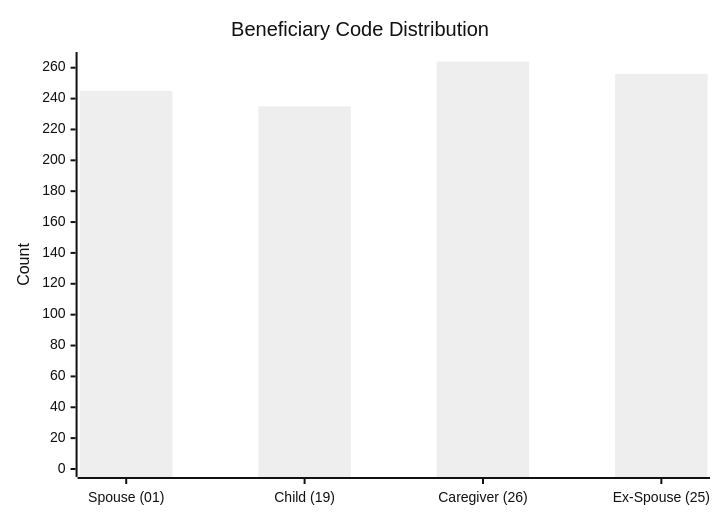
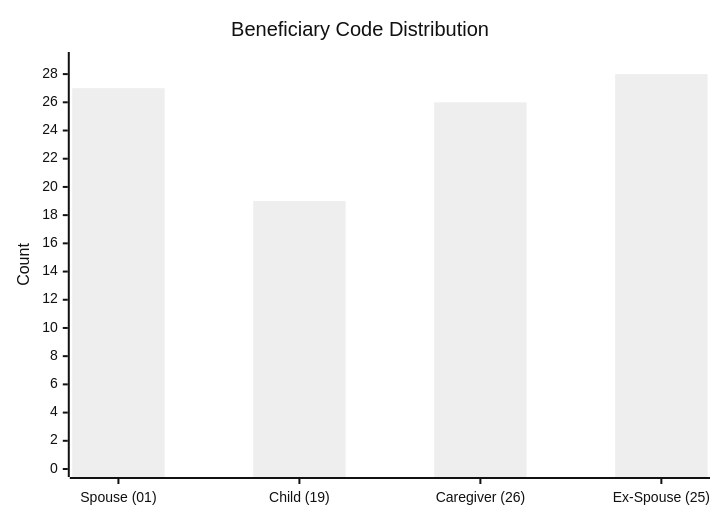
The seventh of 10 diagrams in test-tools/DataGen/src/Statistics_Visualizer.md (dhagan-va/intern-2025), drawn with Mermaid (neutral theme) before and after one commit. The commit also changed other lines of this file and 2 other files, not shown here.

````diff
--- a/test-tools/DataGen/src/Statistics_Visualizer.md
+++ b/test-tools/DataGen/src/Statistics_Visualizer.md
@@ -77,7 +77,7 @@
 ```mermaid
 xychart-beta
     title "Beneficiary Code Distribution"
     x-axis ["Spouse (01)", "Child (19)", "Caregiver (26)", "Ex-Spouse (25)"]
-    y-axis "Count" 0 --> 265
-    bar [245, 235, 264, 256]
+    y-axis "Count" 0 --> 29
+    bar [27, 19, 26, 28]
 ```
````
